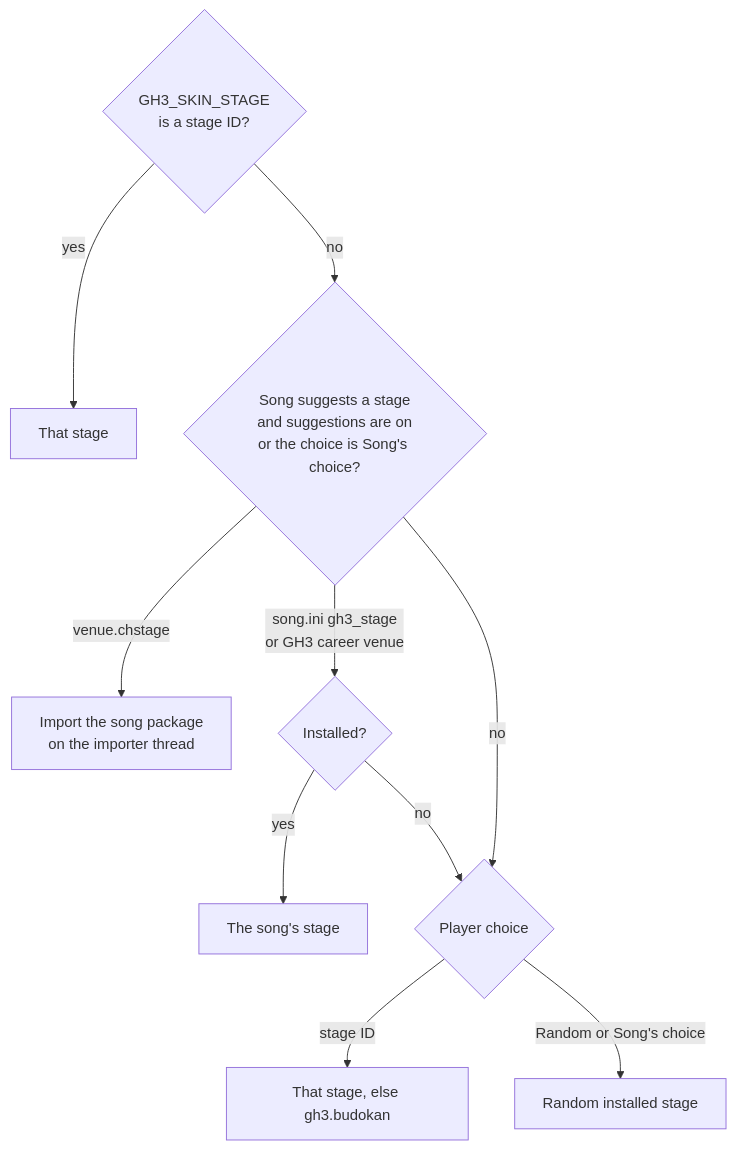
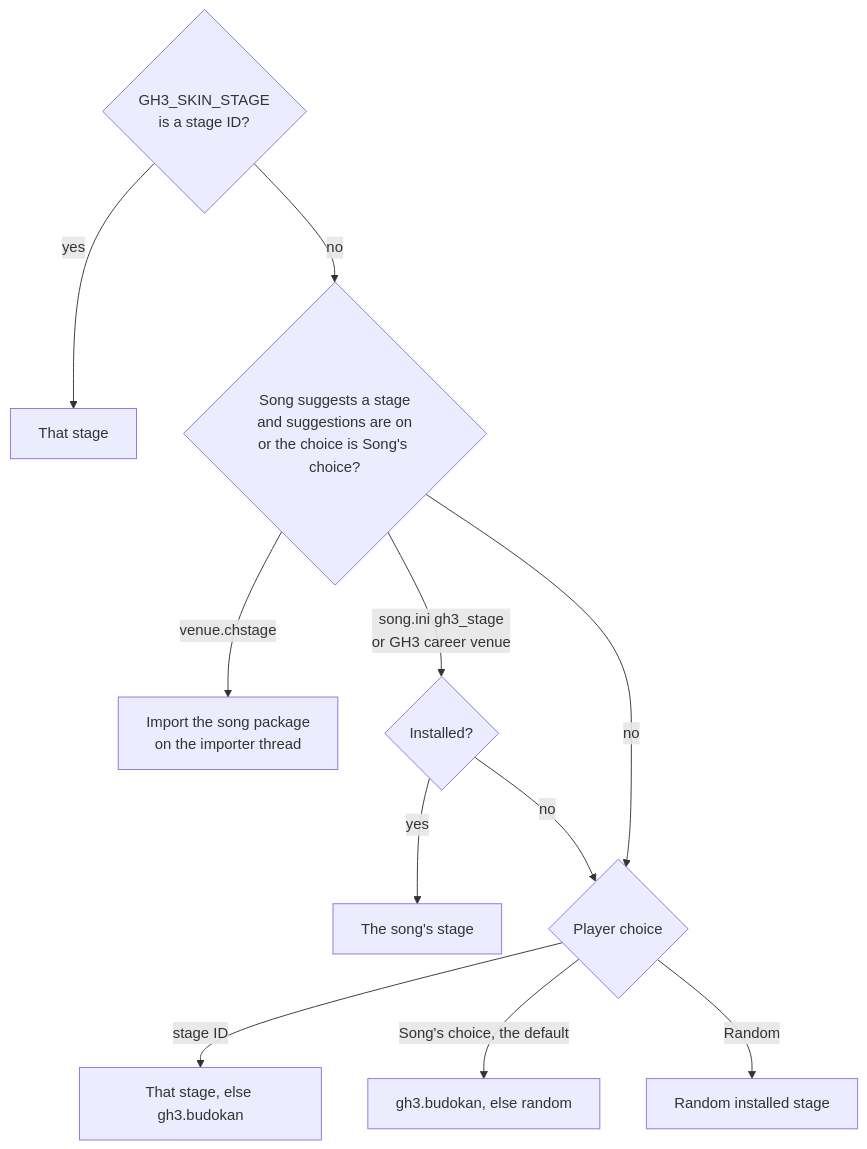
The second of 3 diagrams in docs/ARCHITECTURE.md (heditwo/gh3-clonehero-skin), drawn with Mermaid before and after one commit. The commit also changed other lines of this file and 26 other files, not shown here.

First line of the commit message:
Add character instrument attachments, direction options, and Song's choice as the default stage

````diff
--- a/docs/ARCHITECTURE.md
+++ b/docs/ARCHITECTURE.md
@@ -88,12 +88,13 @@
 ```mermaid
 flowchart TD
     Env{GH3_SKIN_STAGE<br/>is a stage ID?} -- yes --> Fixed[That stage]
     Env -- no --> Suggest{Song suggests a stage<br/>and suggestions are on<br/>or the choice is Song's choice?}
     Suggest -- venue.chstage --> SongPackage[Import the song package<br/>on the importer thread]
     Suggest -- song.ini gh3_stage<br/>or GH3 career venue --> Installed{Installed?}
     Installed -- yes --> SongStage[The song's stage]
     Installed -- no --> Choice
     Suggest -- no --> Choice{Player choice}
     Choice -- stage ID --> Picked[That stage, else gh3.budokan]
-    Choice -- Random or Song's choice --> Random[Random installed stage]
+    Choice -- Song's choice, the default --> Fallback[gh3.budokan, else random]
+    Choice -- Random --> Random[Random installed stage]
 ```
````
